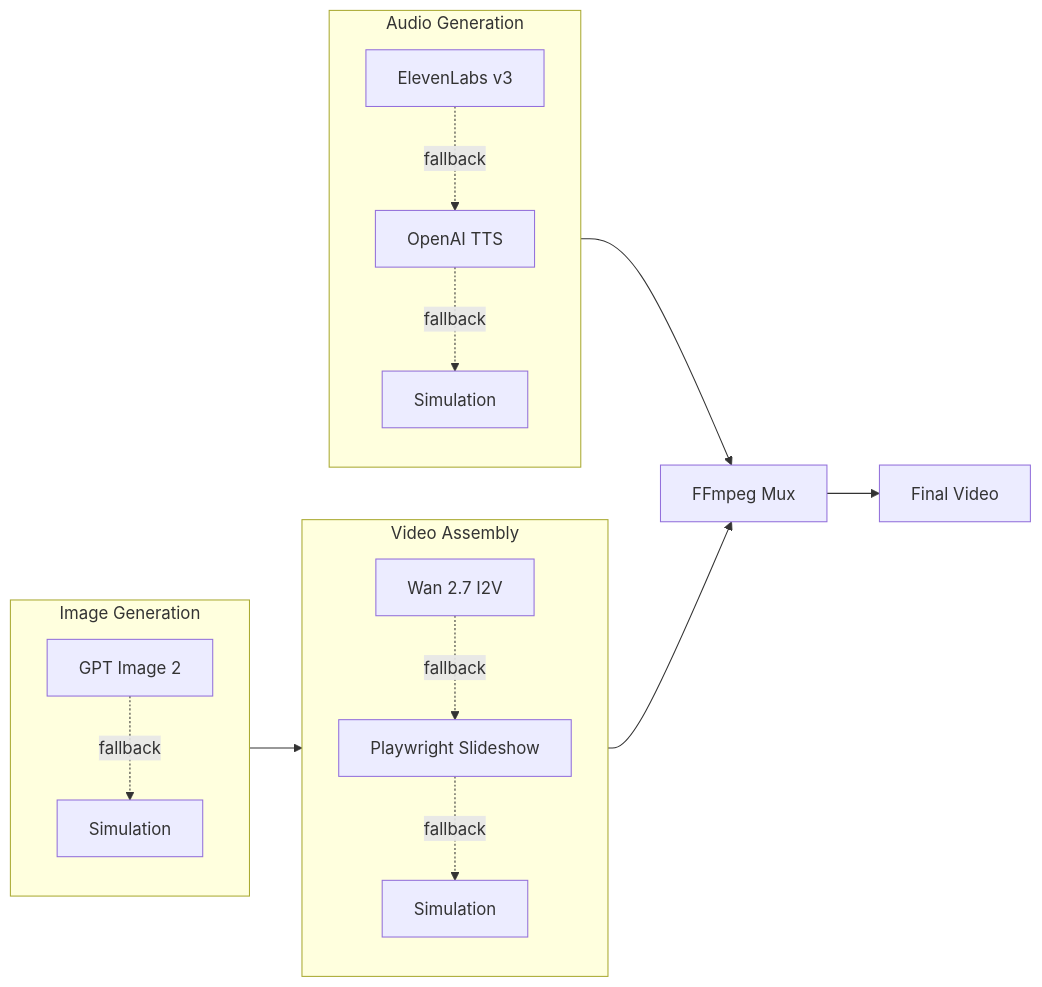
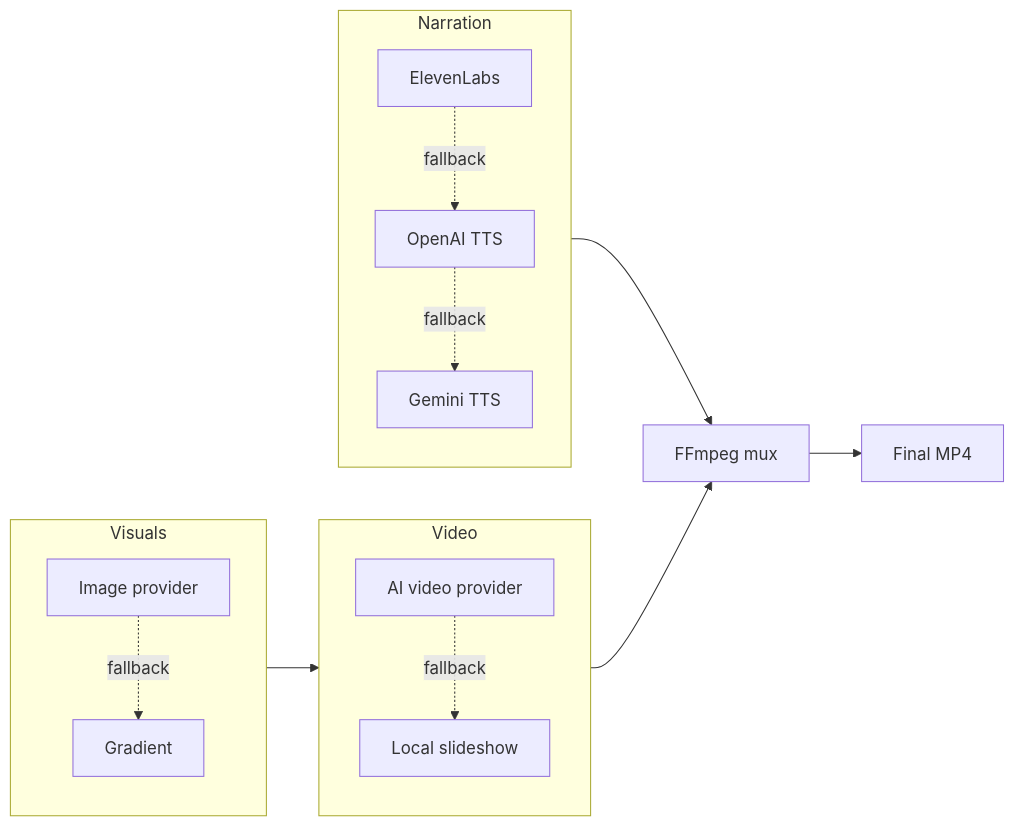
The third of 3 diagrams in README.md (Hamza-Maqsood1/youtube-automation-agent), drawn with Mermaid before and after one commit. The commit also changed other lines of this file and 2 other files, not shown here.

````diff
--- a/README.md
+++ b/README.md
@@ -467,24 +287,17 @@
 ```mermaid
 flowchart LR
-    subgraph TTS["Audio Generation"]
-        direction TB
-        EL[ElevenLabs v3] -.->|fallback| OA[OpenAI TTS]
-        OA -.->|fallback| SIM1[Simulation]
+    subgraph TTS["Narration"]
+        EL[ElevenLabs] -.->|fallback| OA[OpenAI TTS]
+        OA -.->|fallback| GM[Gemini TTS]
     end
-
-    subgraph IMG["Image Generation"]
-        direction TB
-        GPT[GPT Image 2] -.->|fallback| SIM2[Simulation]
+    subgraph IMG["Visuals"]
+        IM[Image provider] -.->|fallback| GR[Gradient]
     end
-
-    subgraph VID["Video Assembly"]
-        direction TB
-        WAN[Wan 2.7 I2V] -.->|fallback| PW[Playwright Slideshow]
-        PW -.->|fallback| SIM3[Simulation]
+    subgraph VID["Video"]
+        AV[AI video provider] -.->|fallback| PW[Local slideshow]
     end
-
-    TTS --> MIX[FFmpeg Mux]
+    TTS --> MIX[FFmpeg mux]
     IMG --> VID
     VID --> MIX
-    MIX --> OUT[Final Video]
+    MIX --> OUT[Final MP4]
 ```
````
